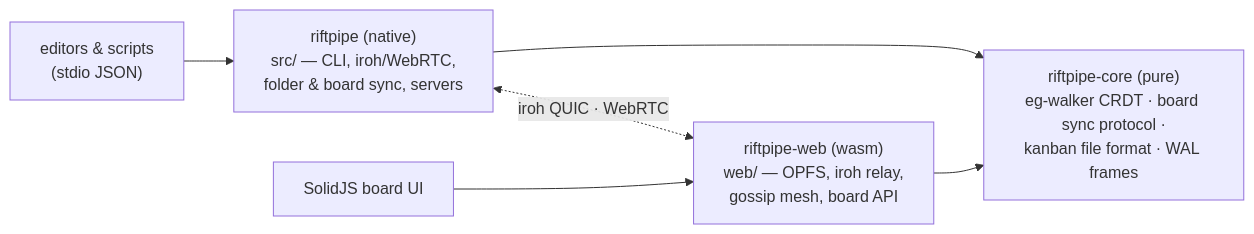
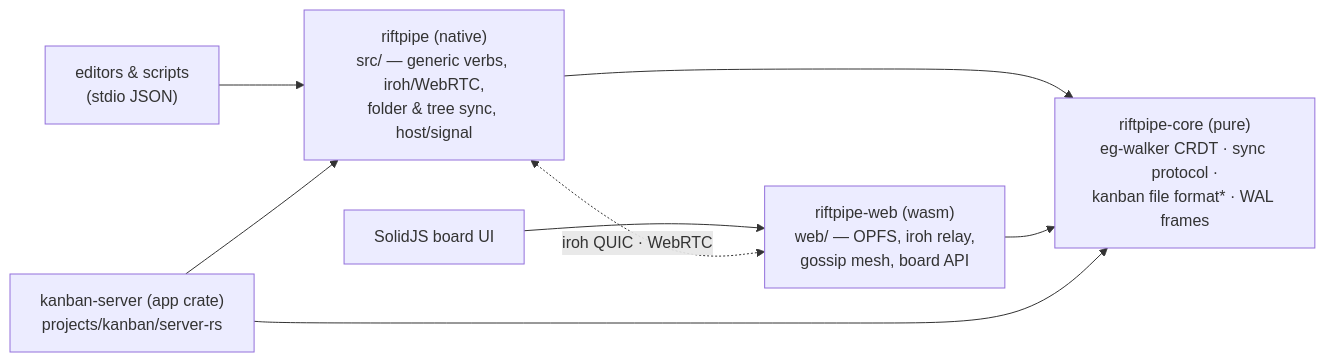
Before and after one commit to earv1/riftpipe: the first of 5 diagrams in docs/architecture.md, drawn with Mermaid. The commit also changed other lines of this file and 7 other files, not shown here.

````diff
--- a/docs/architecture.md
+++ b/docs/architecture.md
@@ -36,11 +38,13 @@
 ```mermaid
 flowchart LR
     ED["editors & scripts<br/>(stdio JSON)"] --> CLI
     UI["SolidJS board UI"] --> WEB
-    CLI["riftpipe (native)<br/>src/ — CLI, iroh/WebRTC,<br/>folder & board sync, servers"]
+    KS["kanban-server (app crate)<br/>projects/kanban/server-rs"] --> CLI
+    CLI["riftpipe (native)<br/>src/ — generic verbs, iroh/WebRTC,<br/>folder & tree sync, host/signal"]
     WEB["riftpipe-web (wasm)<br/>web/ — OPFS, iroh relay,<br/>gossip mesh, board API"]
     CLI <-. "iroh QUIC · WebRTC" .-> WEB
     CLI --> CORE
     WEB --> CORE
-    CORE["riftpipe-core (pure)<br/>eg-walker CRDT · board sync protocol ·<br/>kanban file format · WAL frames"]
+    KS --> CORE
+    CORE["riftpipe-core (pure)<br/>eg-walker CRDT · sync protocol ·<br/>kanban file format* · WAL frames"]
 ```
````
